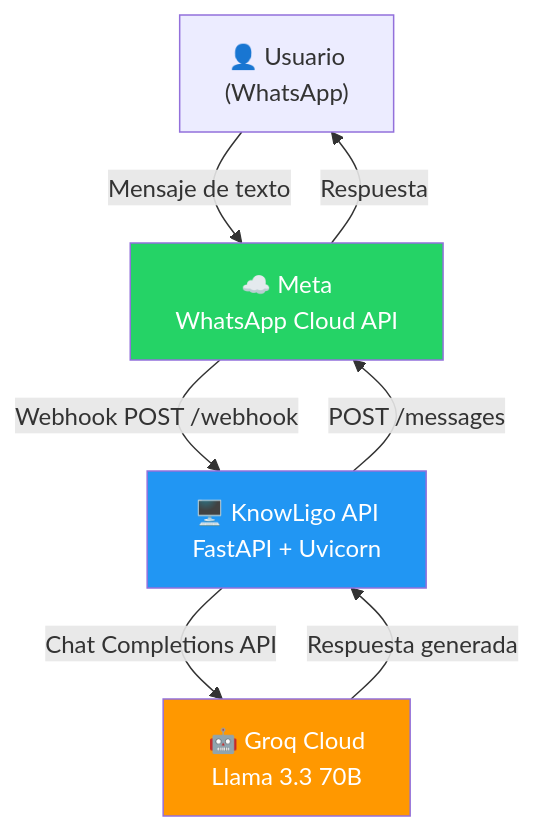
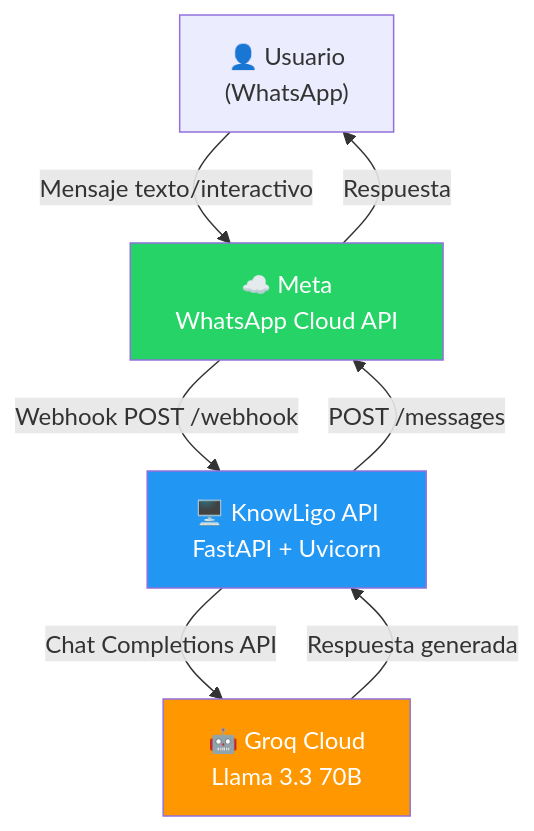
One commit to titesen/knowligo changed the first of 6 diagrams in docs/diagrams/architecture.md. Above: the diagram before and after it, drawn with Mermaid. The commit also changed other lines of this file and 16 other files, not shown here.

````diff
--- a/docs/diagrams/architecture.md
+++ b/docs/diagrams/architecture.md
@@ -9,18 +9,18 @@
 ```mermaid
 graph TB
     User["👤 Usuario<br>(WhatsApp)"]
     Meta["☁️ Meta<br>WhatsApp Cloud API"]
     API["🖥️ KnowLigo API<br>FastAPI + Uvicorn"]
     Groq["🤖 Groq Cloud<br>Llama 3.3 70B"]
 
-    User -->|Mensaje de texto| Meta
+    User -->|Mensaje texto/interactivo| Meta
     Meta -->|Webhook POST /webhook| API
     API -->|Chat Completions API| Groq
     Groq -->|Respuesta generada| API
     API -->|POST /messages| Meta
     Meta -->|Respuesta| User
 
     style API fill:#2196F3,color:#fff
     style Groq fill:#FF9800,color:#fff
     style Meta fill:#25D366,color:#fff
 ```
````
